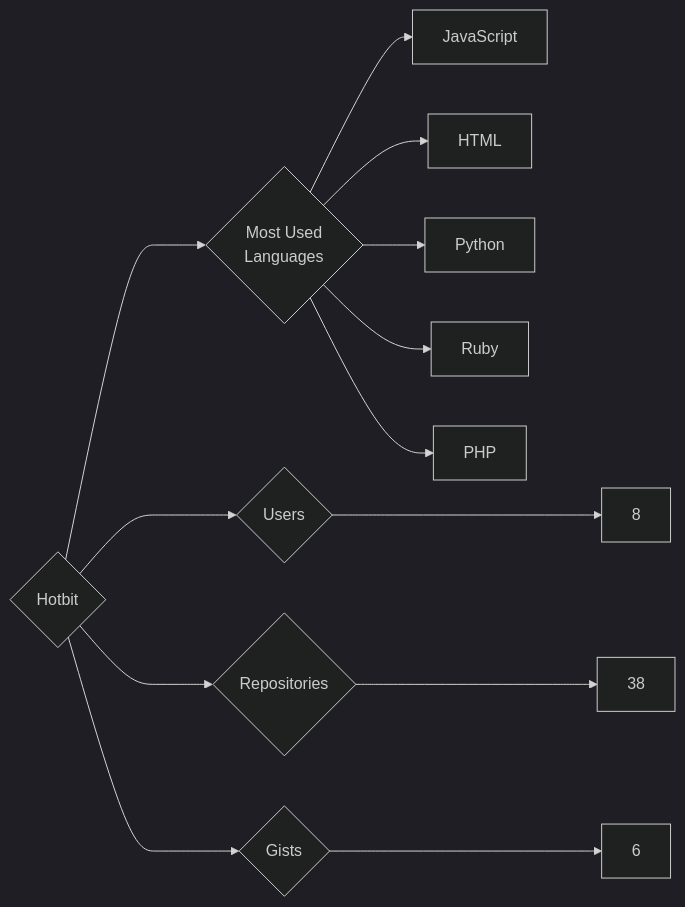
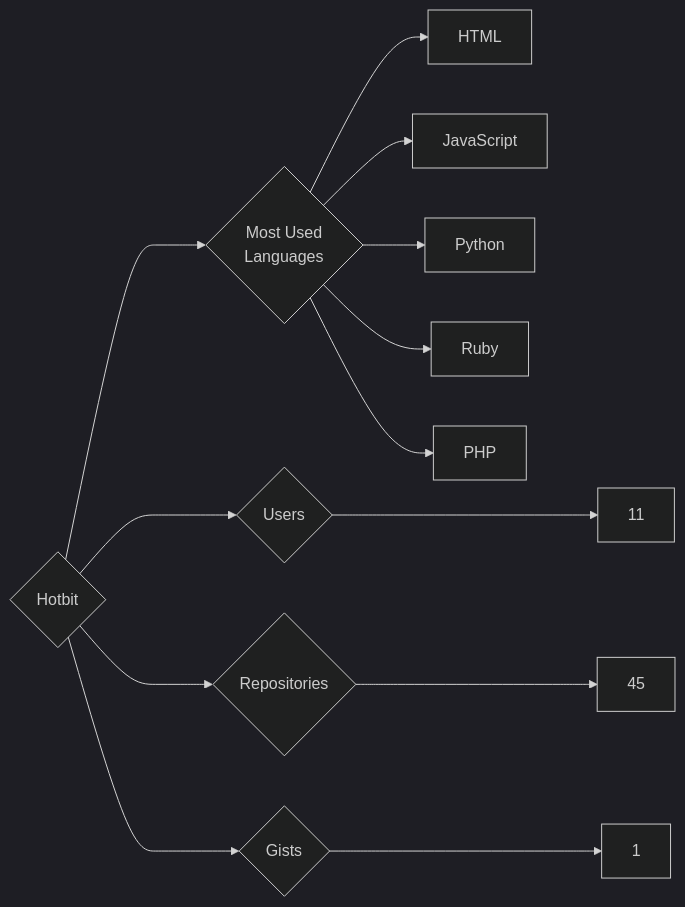
One commit to trickest/insiders changed the diagram in targets/Hotbit/README.md. Above: the diagram before and after it, drawn with Mermaid (dark theme). The commit also changed 938 other files, not shown here.

````diff
--- a/targets/Hotbit/README.md
+++ b/targets/Hotbit/README.md
@@ -3,13 +3,13 @@
 ```mermaid
 graph LR
 COMPANY_NAME{Hotbit}
-COMPANY_NAME ---> U{Users} ---> UN[8]
-COMPANY_NAME ---> R{Repositories} ---> RN[38]
-COMPANY_NAME ---> G{Gists} ---> GN[6]
+COMPANY_NAME ---> U{Users} ---> UN[11]
+COMPANY_NAME ---> R{Repositories} ---> RN[45]
+COMPANY_NAME ---> G{Gists} ---> GN[1]
 COMPANY_NAME ---> ML{Most Used<br>Languages}
+ML --> HTML[HTML]
 ML --> JavaScript[JavaScript]
-ML --> HTML[HTML]
 ML --> Python[Python]
 ML --> Ruby[Ruby]
 ML --> PHP[PHP]
 ```
````
